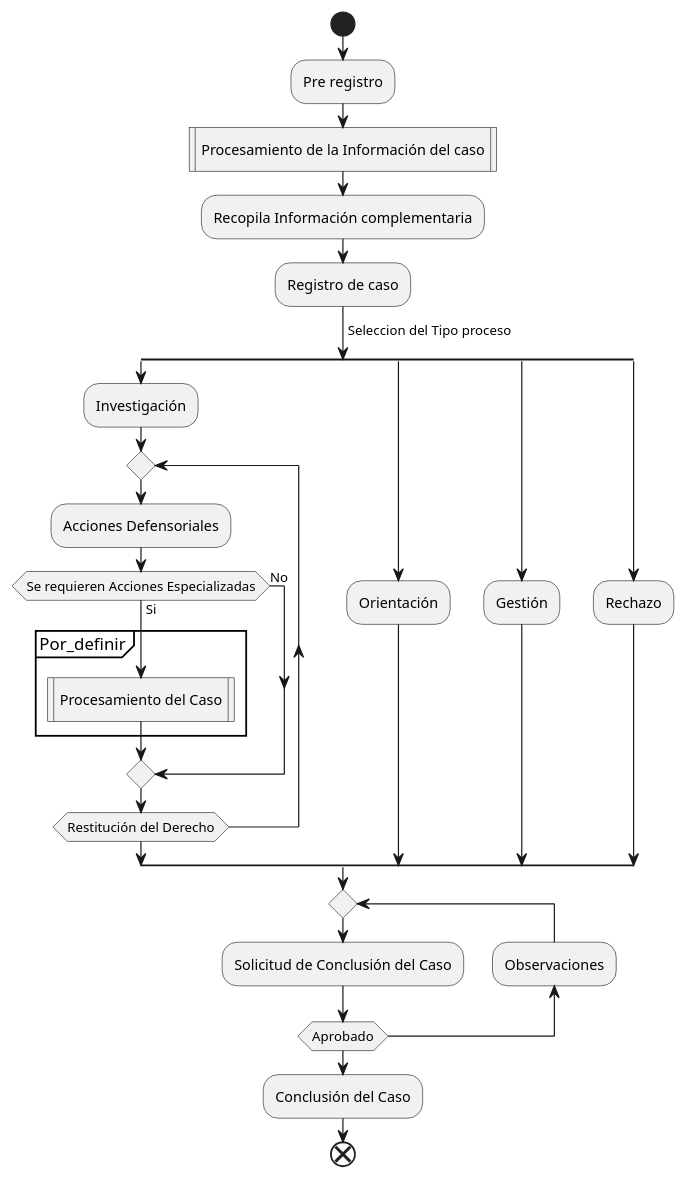
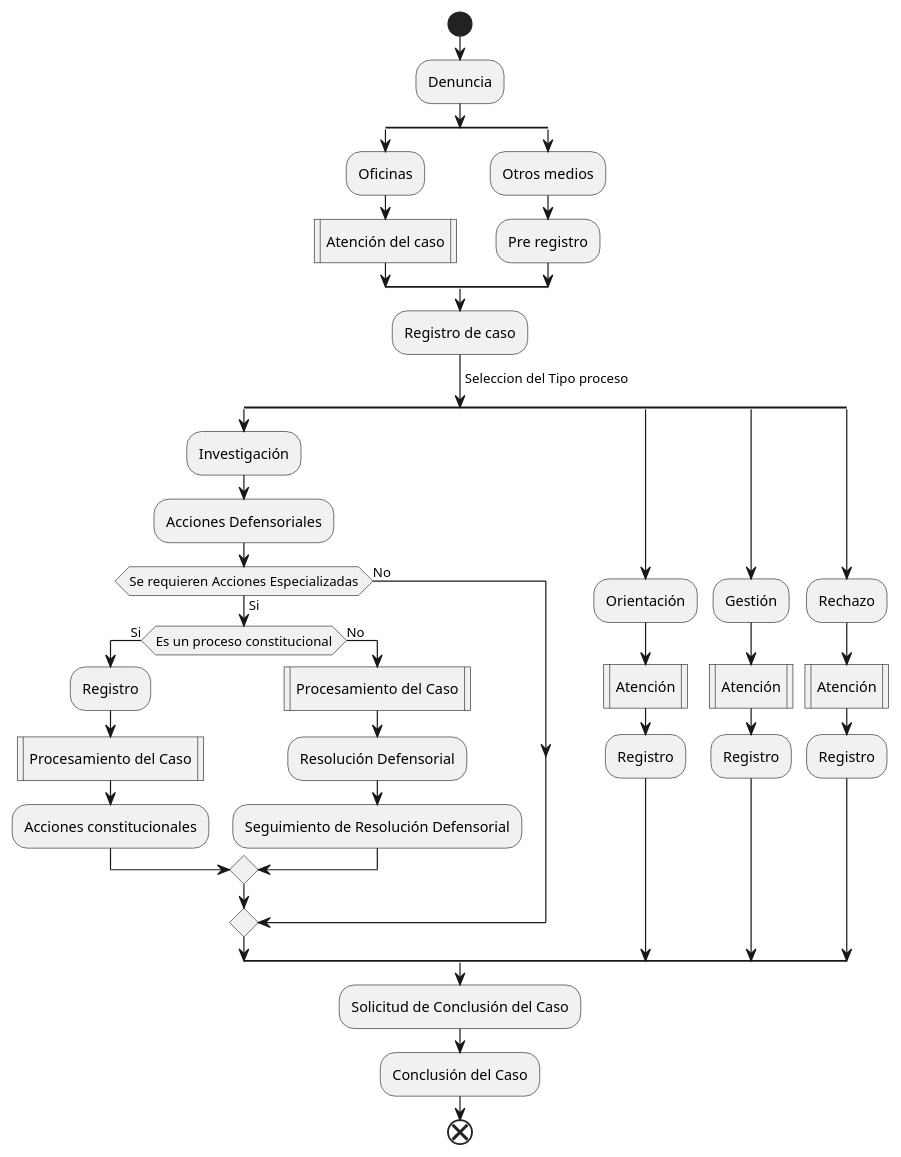
Before and after one commit to n1m0d0/defdiag: the diagram in propuesta SSP/flujo del sistema.plantuml, drawn with PlantUML. The commit also changed 4 other files, not shown here.

Commit message:
ajuste al diagramas 7 y 7_1, creacion de dos nuevos registros  y el flujo actualizado

```diff
--- a/propuesta SSP/flujo del sistema.plantuml
+++ b/propuesta SSP/flujo del sistema.plantuml
@@ -1,32 +1,44 @@
 @startuml flujo_del_sistema
 start
-:Pre registro;
-:Procesamiento de la Información del caso|
-:Recopila Información complementaria;
+:Denuncia;
+split
+  :Oficinas;
+  :Atención del caso|
+split again
+  :Otros medios;
+  :Pre registro;
+end split
 :Registro de caso;
 -> Seleccion del Tipo proceso;
 split
   :Investigación;
-  repeat
-    :Acciones Defensoriales;
-    if (Se requieren Acciones Especializadas) then (Si)
-      partition Por_definir {
-        :Procesamiento del Caso|
-      }
+  :Acciones Defensoriales;
+  if (Se requieren Acciones Especializadas) then (Si)
+    if (Es un proceso constitucional) then (Si)
+      :Registro;
+      :Procesamiento del Caso|
+      :Acciones constitucionales;
     else (No)
+      :Procesamiento del Caso|
+      :Resolución Defensorial;
+      :Seguimiento de Resolución Defensorial;
     endif
-  repeat while (Restitución del Derecho)
+  else (No)
+  endif
 split again
   :Orientación;
+  :Atención|
+  :Registro;
 split again
   :Gestión;
+  :Atención|
+  :Registro;
 split again
   :Rechazo;
+  :Atención|
+  :Registro;
 end split
-repeat
-  :Solicitud de Conclusión del Caso;
-  backward:Observaciones;
-repeat while (Aprobado)
+:Solicitud de Conclusión del Caso;
 :Conclusión del Caso;
 end
 @enduml
```
